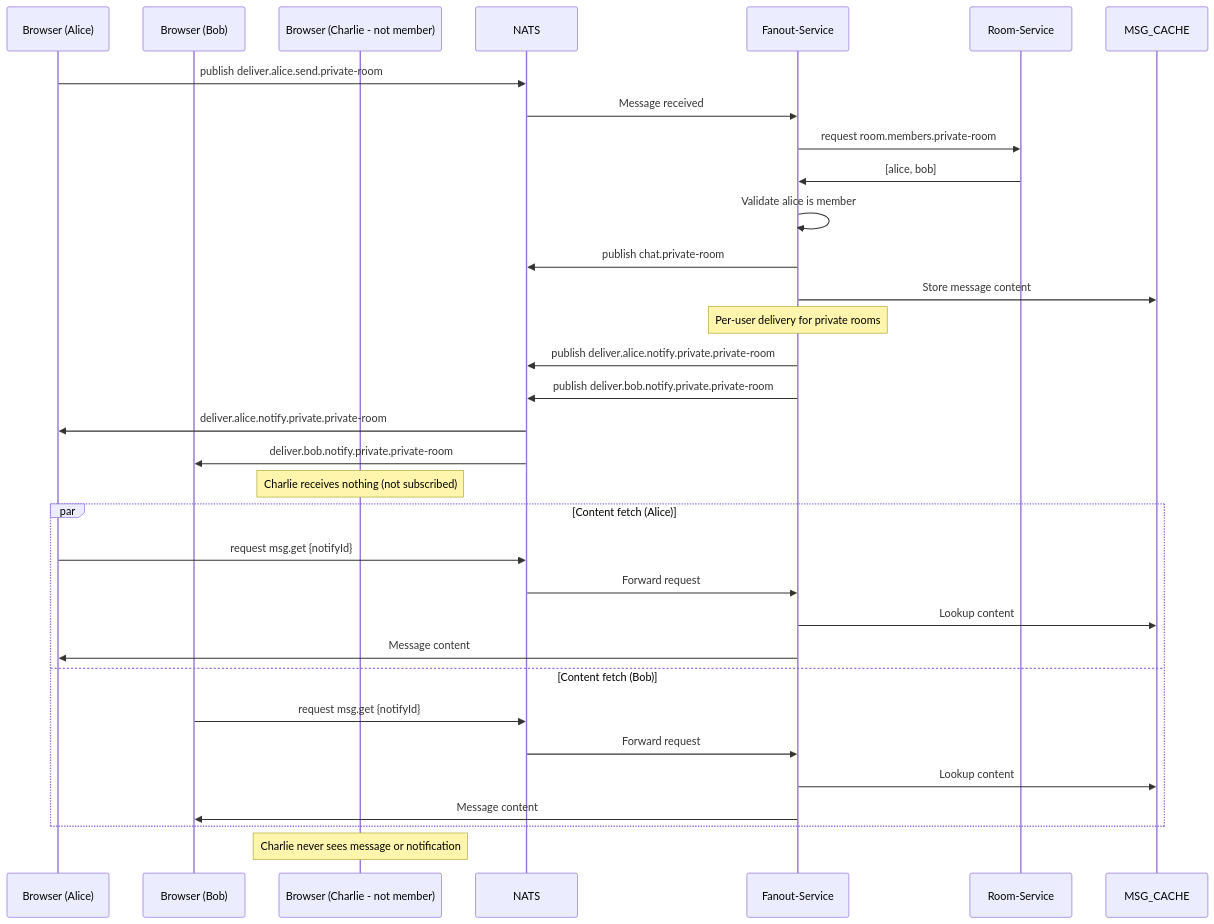
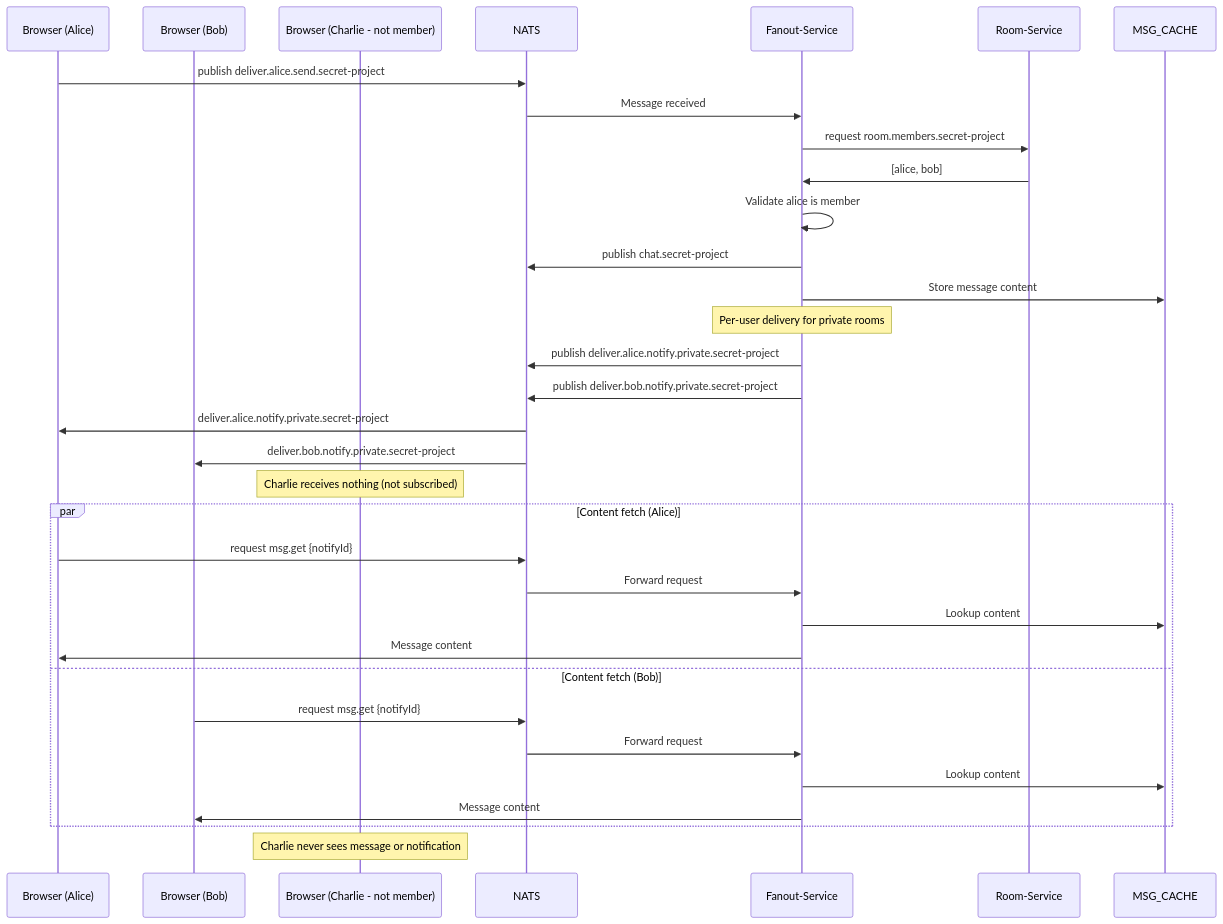
The fourth of 9 diagrams in docs/seq.md (julianshen/nats-chat-keycloak), drawn with Mermaid before and after one commit. The commit also changed other lines of this file and 1 other file, not shown here.

Commit message:
Fix room-type fallback caching and tighten private fanout failure handling

````diff
--- a/docs/seq.md
+++ b/docs/seq.md
@@ -164,42 +164,42 @@
 ```mermaid
 sequenceDiagram
     participant B1 as Browser (Alice)
     participant B2 as Browser (Bob)
     participant B3 as Browser (Charlie - not member)
     participant N as NATS
     participant F as Fanout-Service
     participant R as Room-Service
     participant KV as MSG_CACHE
 
-    B1->>N: publish deliver.alice.send.private-room
+    B1->>N: publish deliver.alice.send.secret-project
     N->>F: Message received
     
-    F->>R: request room.members.private-room
+    F->>R: request room.members.secret-project
     R->>F: [alice, bob]
 
     F->>F: Validate alice is member
-    F->>N: publish chat.private-room
+    F->>N: publish chat.secret-project
     F->>KV: Store message content
 
     Note over F: Per-user delivery for private rooms
-    F->>N: publish deliver.alice.notify.private.private-room
-    F->>N: publish deliver.bob.notify.private.private-room
+    F->>N: publish deliver.alice.notify.private.secret-project
+    F->>N: publish deliver.bob.notify.private.secret-project
 
-    N->>B1: deliver.alice.notify.private.private-room
-    N->>B2: deliver.bob.notify.private.private-room
+    N->>B1: deliver.alice.notify.private.secret-project
+    N->>B2: deliver.bob.notify.private.secret-project
     Note over B3: Charlie receives nothing (not subscribed)
 
     par Content fetch (Alice)
         B1->>N: request msg.get {notifyId}
         N->>F: Forward request
         F->>KV: Lookup content
         F->>B1: Message content
     and Content fetch (Bob)
         B2->>N: request msg.get {notifyId}
         N->>F: Forward request
         F->>KV: Lookup content
         F->>B2: Message content
     end
 
     Note over B3: Charlie never sees message or notification
 ```
````
